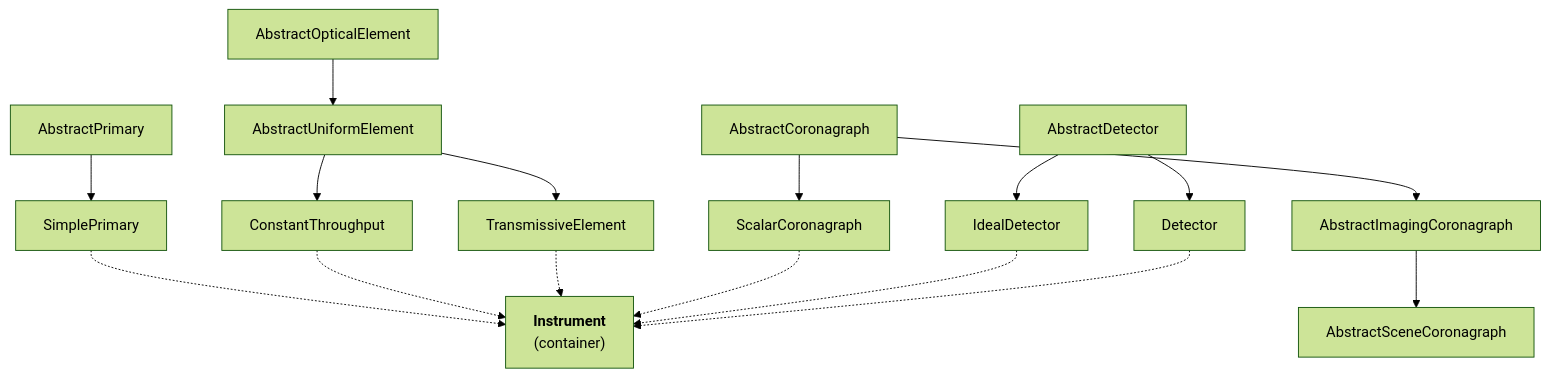
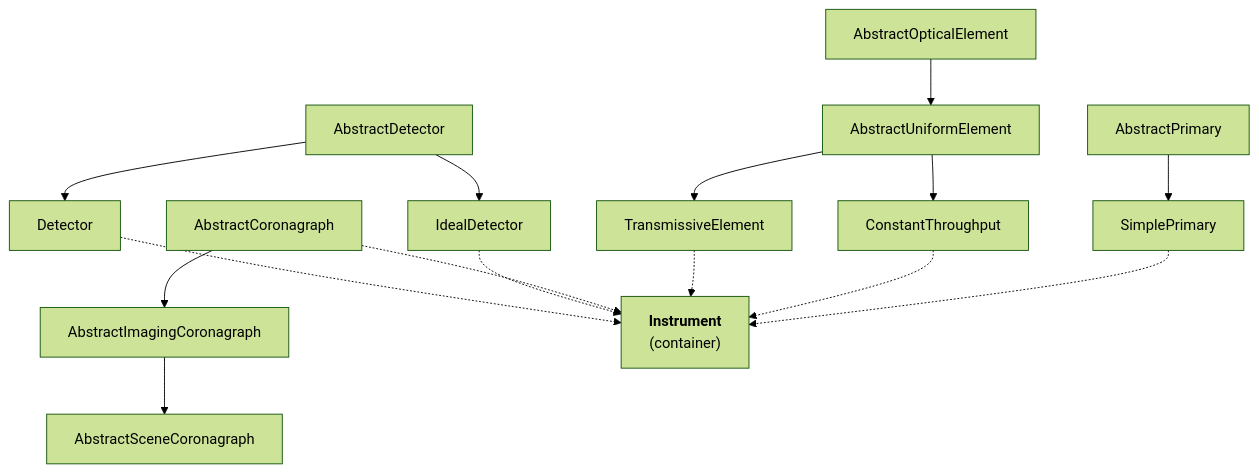
The diagram in docs/explanation/architecture.md (CoreySpohn/optixstuff), drawn with Mermaid (forest theme) before and after one commit. The commit also changed other lines of this file and 13 other files, not shown here.

````diff
--- a/docs/explanation/architecture.md
+++ b/docs/explanation/architecture.md
@@ -32,34 +32,32 @@
 ```mermaid
 flowchart TB
     AOE[AbstractOpticalElement]
     AUE[AbstractUniformElement]
     CT[ConstantThroughput]
     ST[TransmissiveElement]
     AP[AbstractPrimary]
     SP[SimplePrimary]
     AC[AbstractCoronagraph]
     IMG[AbstractImagingCoronagraph]
     SCENE[AbstractSceneCoronagraph]
-    SC[ScalarCoronagraph]
     AD[AbstractDetector]
     ID[IdealDetector]
     D[Detector]
     OP["<b>Instrument</b><br/>(container)"]
 
     AOE --> AUE
     AUE --> CT
     AUE --> ST
     AP --> SP
-    AC --> SC
     AC --> IMG
     IMG --> SCENE
     AD --> ID
     AD --> D
 
     SP -.-> OP
     CT -.-> OP
     ST -.-> OP
-    SC -.-> OP
+    AC -.-> OP
     ID -.-> OP
     D -.-> OP
 ```
````
